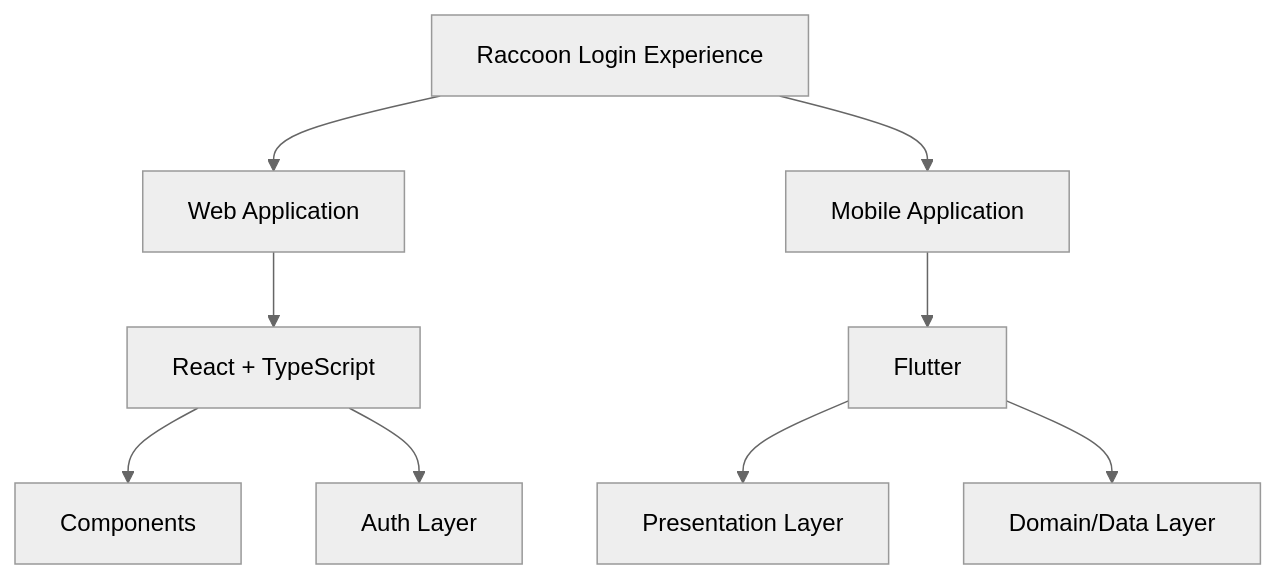
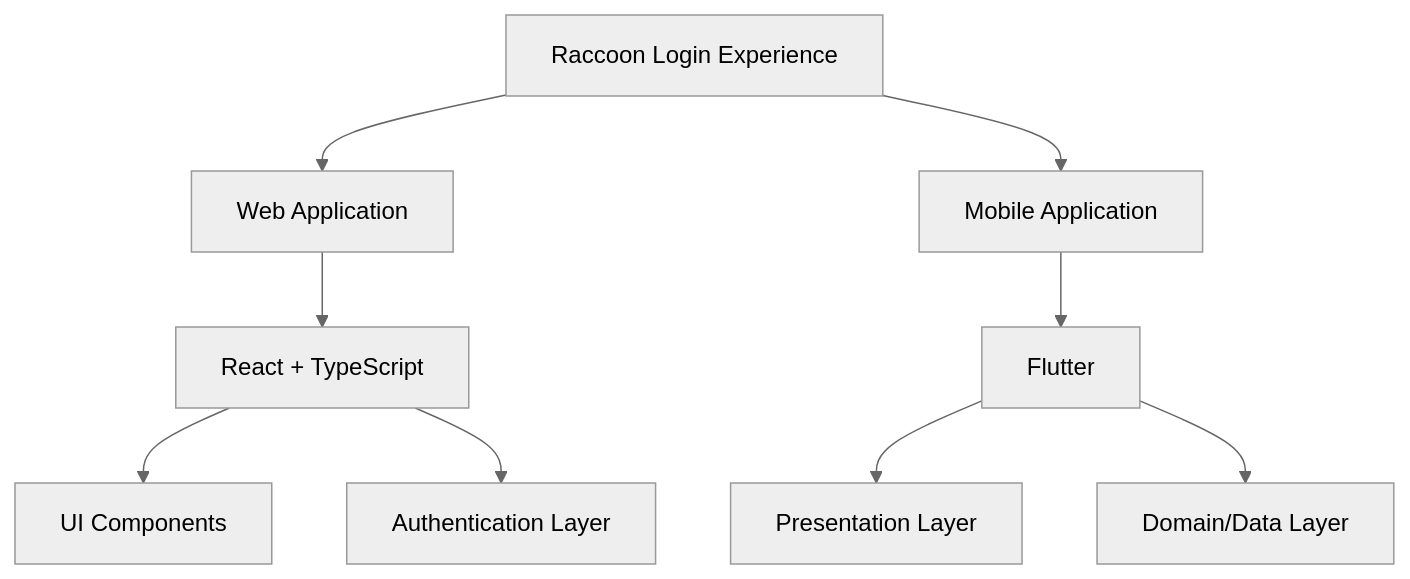
One commit to parsashafizade/raccoon-login-experience changed the diagram in README.md. Above: the diagram before and after it, drawn with Mermaid (neutral theme). The commit also changed other lines of this file, not shown here.

````diff
--- a/README.md
+++ b/README.md
@@ -31,16 +32,16 @@
 ```mermaid
 graph TD
 
 A[Raccoon Login Experience]
 
 A --> B[Web Application]
 A --> C[Mobile Application]
 
 B --> D[React + TypeScript]
-D --> E[Components]
-D --> F[Auth Layer]
+D --> E[UI Components]
+D --> F[Authentication Layer]
 
 C --> G[Flutter]
 G --> H[Presentation Layer]
 G --> I[Domain/Data Layer]
 ```
````
